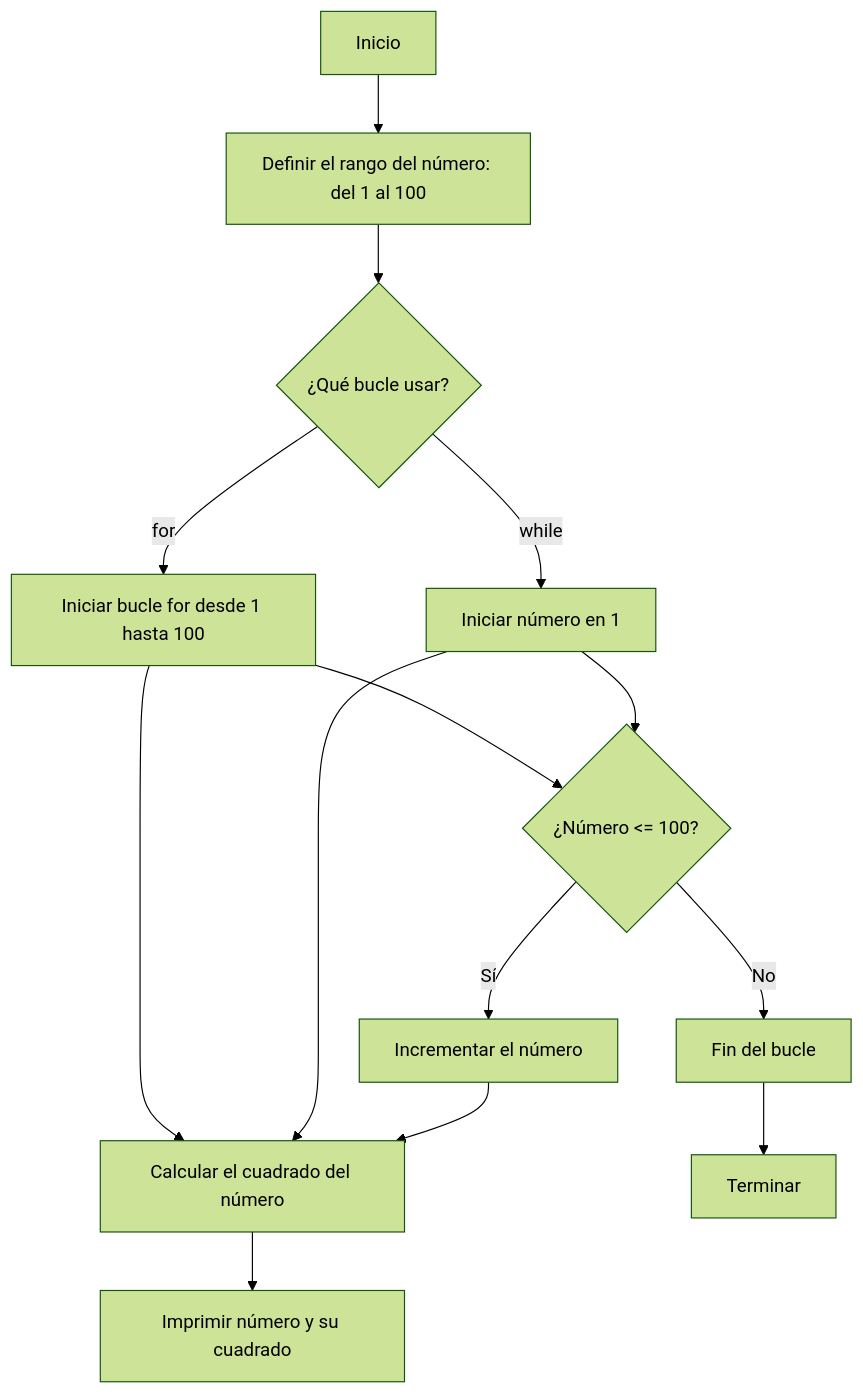
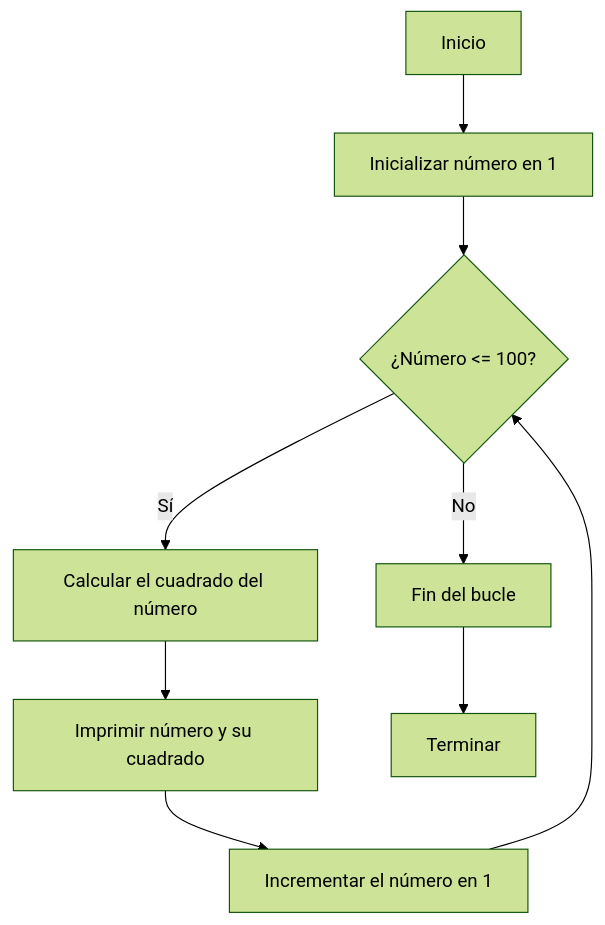
One commit to jmarciales/Reto-N6 changed the diagram in README.md. Above: the diagram before and after it, drawn with Mermaid (forest theme). The commit also changed other lines of this file, not shown here.

````diff
--- a/README.md
+++ b/README.md
@@ -4,16 +4,11 @@
 ```mermaid
 graph TD
-    A[Inicio] --> B[Definir el rango del número: del 1 al 100]
-    B --> C{¿Qué bucle usar?}
-    C -->|for| D[Iniciar bucle for desde 1 hasta 100]
-    C -->|while| E[Iniciar número en 1]
-    D --> F[Calcular el cuadrado del número]
-    E --> F
-    F --> G[Imprimir número y su cuadrado]
-    D --> H{¿Número <= 100?}
-    E --> H
-    H -->|Sí| I[Incrementar el número]
-    I --> F
-    H -->|No| J[Fin del bucle]
-    J --> K[Terminar]
+    A[Inicio] --> B[Inicializar número en 1]
+    B --> C{¿Número <= 100?}
+    C -->|Sí| D[Calcular el cuadrado del número]
+    D --> E[Imprimir número y su cuadrado]
+    E --> F[Incrementar el número en 1]
+    F --> C
+    C -->|No| G[Fin del bucle]
+    G --> H[Terminar]
 ```
````
